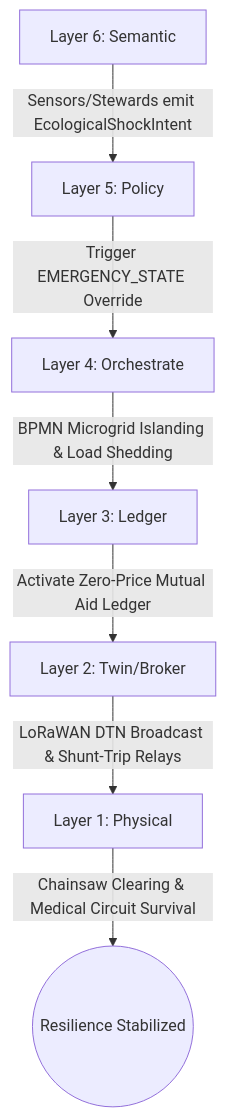
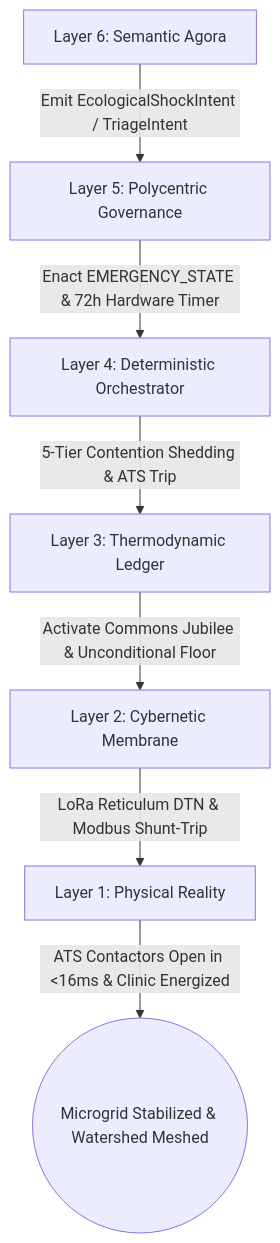
Before and after one commit to raffaine/collective: the first of 3 diagrams in docs/scenarios/upsilon_shock.md, drawn with Mermaid. The commit also changed other lines of this file and 23 other files, not shown here.

````diff
--- a/docs/scenarios/upsilon_shock.md
+++ b/docs/scenarios/upsilon_shock.md
@@ -37,9 +43,9 @@
 ```mermaid
 graph TD
-    L6[Layer 6: Semantic] -->|Sensors/Stewards emit EcologicalShockIntent| L5[Layer 5: Policy]
-    L5 -->|Trigger EMERGENCY_STATE Override| L4[Layer 4: Orchestrate]
-    L4 -->|BPMN Microgrid Islanding & Load Shedding| L3[Layer 3: Ledger]
-    L3 -->|Activate Zero-Price Mutual Aid Ledger| L2[Layer 2: Twin/Broker]
-    L2 -->|LoRaWAN DTN Broadcast & Shunt-Trip Relays| L1[Layer 1: Physical]
-    L1 -->|Chainsaw Clearing & Medical Circuit Survival| End((Resilience Stabilized))
+    L6[Layer 6: Semantic Agora] -->|Emit EcologicalShockIntent / TriageIntent| L5[Layer 5: Polycentric Governance]
+    L5 -->|Enact EMERGENCY_STATE & 72h Hardware Timer| L4[Layer 4: Deterministic Orchestrator]
+    L4 -->|5-Tier Contention Shedding & ATS Trip| L3[Layer 3: Thermodynamic Ledger]
+    L3 -->|Activate Commons Jubilee & Unconditional Floor| L2[Layer 2: Cybernetic Membrane]
+    L2 -->|LoRa Reticulum DTN & Modbus Shunt-Trip| L1[Layer 1: Physical Reality]
+    L1 -->|ATS Contactors Open in <16ms & Clinic Energized| End((Microgrid Stabilized & Watershed Meshed))
 ```
````
